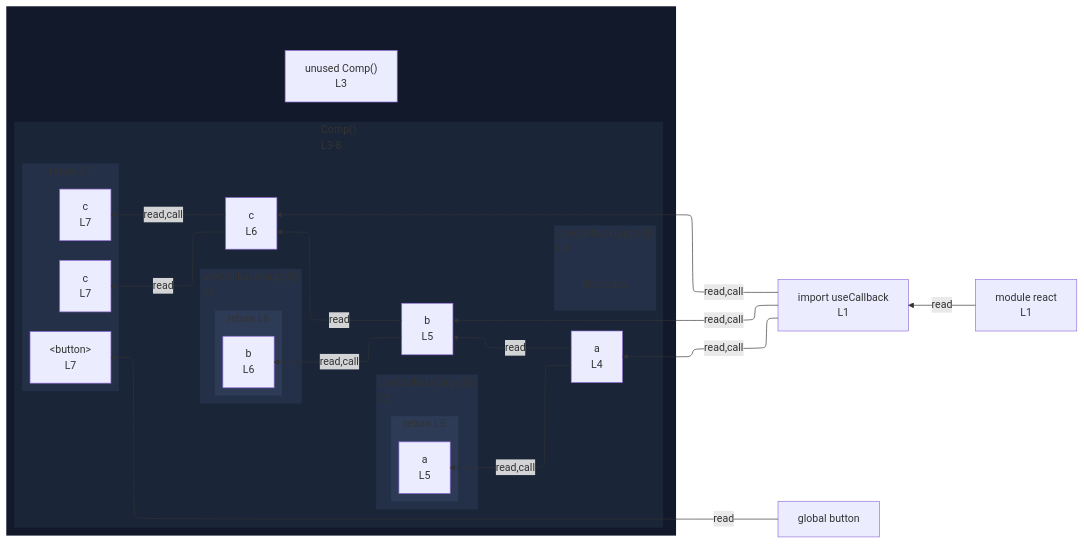
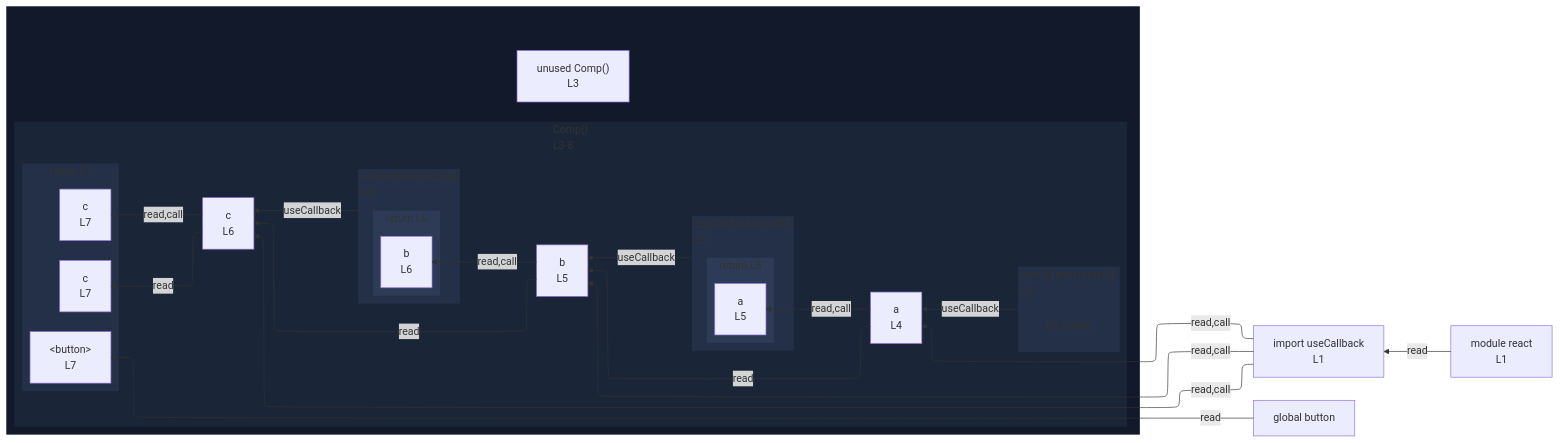
One commit to crescware/unsnarl changed the diagram in integration/fixtures/jsx/use-callback-chain/preview.md. Above: the diagram before and after it, drawn with Mermaid. The commit also changed 41 other files, not shown here.

````diff
--- a/integration/fixtures/jsx/use-callback-chain/preview.md
+++ b/integration/fixtures/jsx/use-callback-chain/preview.md
@@ -18,66 +18,69 @@
 ```mermaid
 %%{init: {"flowchart": {"defaultRenderer": "elk"}}}%%
 flowchart RL
   n_scope_0_useCallback_9["import useCallback<br/>L1"]
   n_scope_0_button_197["global button"]
   subgraph wrap_s_scope_1[" "]
     direction TB
     n_scope_0_Comp_44["unused Comp()<br/>L3"]
     subgraph s_scope_1["Comp()<br/>L3-8"]
       direction RL
       n_scope_1_a_67["a<br/>L4"]
       n_scope_1_b_105["b<br/>L5"]
       n_scope_1_c_150["c<br/>L6"]
       subgraph s_scope_2["useCallback(args[0])<br/>L4"]
         direction RL
         elk_empty_s_scope_2["No nodes"]
       end
       subgraph s_scope_3["useCallback(args[0])<br/>L5"]
         direction RL
         subgraph s_return_scope_0_Comp_44_127_134["return L5"]
           direction RL
           ret_use_ref_5["a<br/>L5"]
         end
       end
       subgraph s_scope_4["useCallback(args[0])<br/>L6"]
         direction RL
         subgraph s_return_scope_0_Comp_44_172_179["return L6"]
           direction RL
           ret_use_ref_9["b<br/>L6"]
         end
       end
       subgraph s_return_scope_0_Comp_44_189_231["return L7"]
         direction RL
         ret_use_ref_11["&lt;button&gt;<br/>L7"]
         ret_use_ref_12["c<br/>L7"]
         ret_use_ref_13["c<br/>L7"]
       end
     end
   end
   n_scope_0_useCallback_9 -->|read,call| n_scope_1_a_67
   n_scope_0_useCallback_9 -->|read,call| n_scope_1_b_105
   n_scope_1_a_67 -->|read,call| ret_use_ref_5
   n_scope_1_a_67 -->|read| n_scope_1_b_105
   n_scope_0_useCallback_9 -->|read,call| n_scope_1_c_150
   n_scope_1_b_105 -->|read,call| ret_use_ref_9
   n_scope_1_b_105 -->|read| n_scope_1_c_150
   n_scope_0_button_197 -->|read| ret_use_ref_11
   n_scope_1_c_150 -->|read| ret_use_ref_12
   n_scope_1_c_150 -->|read,call| ret_use_ref_13
+  s_scope_2 -->|useCallback| n_scope_1_a_67
+  s_scope_3 -->|useCallback| n_scope_1_b_105
+  s_scope_4 -->|useCallback| n_scope_1_c_150
   mod_react["module react<br/>L1"]
   mod_react -->|read| n_scope_0_useCallback_9
   classDef nestL1 fill:#11192a,stroke:transparent;
   class wrap_s_scope_1 nestL1;
   classDef nestL2 fill:#1a2538,stroke:transparent;
   class s_scope_1 nestL2;
   classDef nestL3 fill:#243047,stroke:transparent;
   class s_scope_2 nestL3;
   class s_scope_3 nestL3;
   class s_scope_4 nestL3;
   class s_return_scope_0_Comp_44_189_231 nestL3;
   classDef nestL4 fill:#2d3b57,stroke:transparent;
   class s_return_scope_0_Comp_44_127_134 nestL4;
   class s_return_scope_0_Comp_44_172_179 nestL4;
   classDef elkEmptyPlaceholder fill:transparent,stroke:transparent;
   class elk_empty_s_scope_2 elkEmptyPlaceholder;
 ```
````
